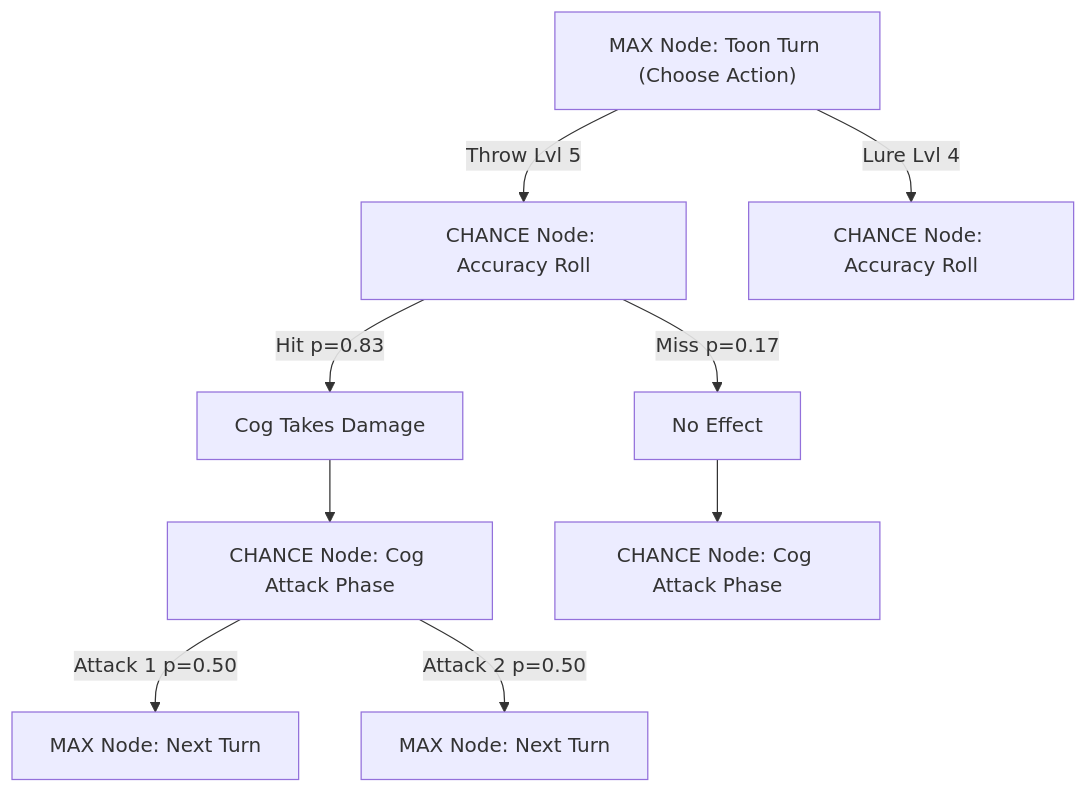
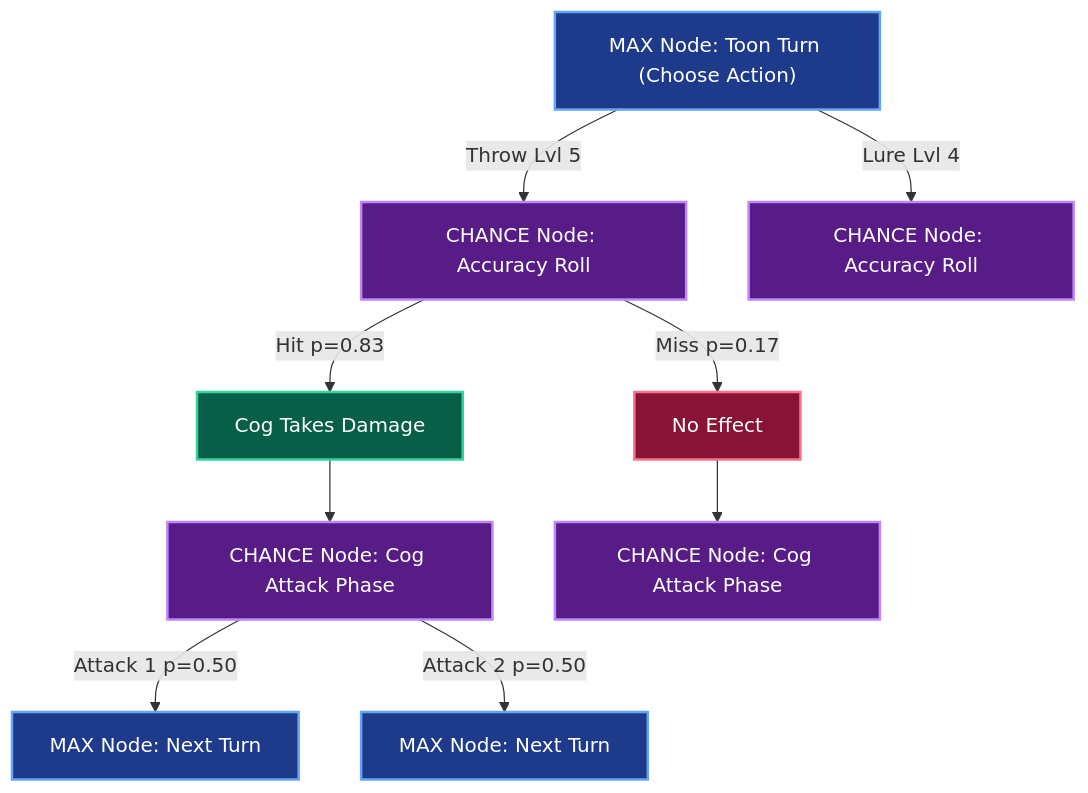
One commit to Angle-Brackets/TTRSolver changed the second of 3 diagrams in README.md. Above: the diagram before and after it, drawn with Mermaid. The commit also changed other lines of this file and 7 other files, not shown here.

````diff
--- a/README.md
+++ b/README.md
@@ -178,12 +190,22 @@
 ```mermaid
 flowchart TD
+    classDef maxNode fill:#1e3a8a,stroke:#60a5fa,stroke-width:2px,color:#ffffff
+    classDef chanceNode fill:#581c87,stroke:#c084fc,stroke-width:2px,color:#ffffff
+    classDef hitNode fill:#065f46,stroke:#34d399,stroke-width:2px,color:#ffffff
+    classDef missNode fill:#881337,stroke:#fb7185,stroke-width:2px,color:#ffffff
+
     S["MAX Node: Toon Turn (Choose Action)"]
     S -->|Throw Lvl 5| A["CHANCE Node: Accuracy Roll"]
     S -->|Lure Lvl 4| B["CHANCE Node: Accuracy Roll"]
-    A -->|Hit p=0.83| A1[Cog Takes Damage]
-    A -->|Miss p=0.17| A2[No Effect]
+    A -->|Hit p=0.83| A1["Cog Takes Damage"]
+    A -->|Miss p=0.17| A2["No Effect"]
     A1 --> D["CHANCE Node: Cog Attack Phase"]
     A2 --> E["CHANCE Node: Cog Attack Phase"]
     D -->|Attack 1 p=0.50| D1["MAX Node: Next Turn"]
     D -->|Attack 2 p=0.50| D2["MAX Node: Next Turn"]
+
+    class S,D1,D2 maxNode
+    class A,B,D,E chanceNode
+    class A1 hitNode
+    class A2 missNode
 ```
````
